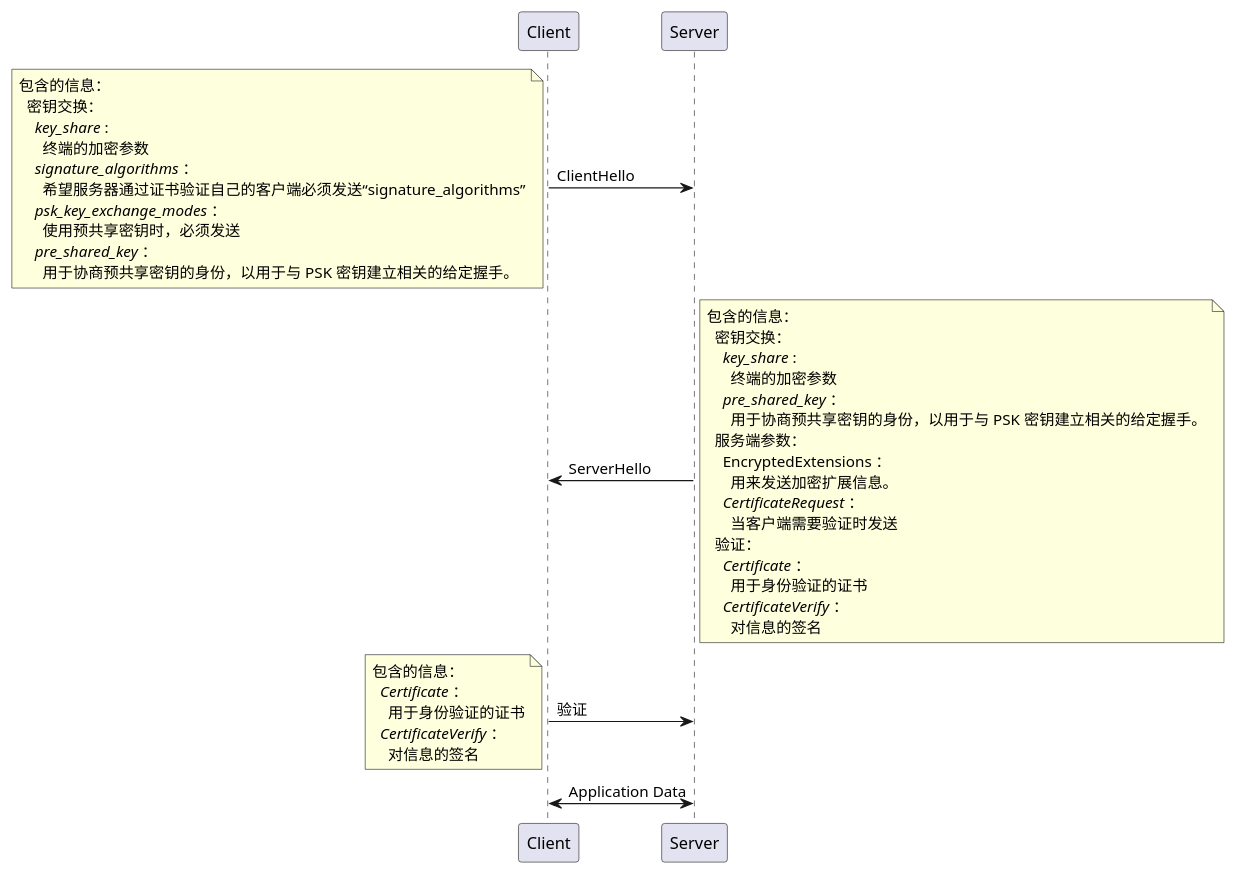
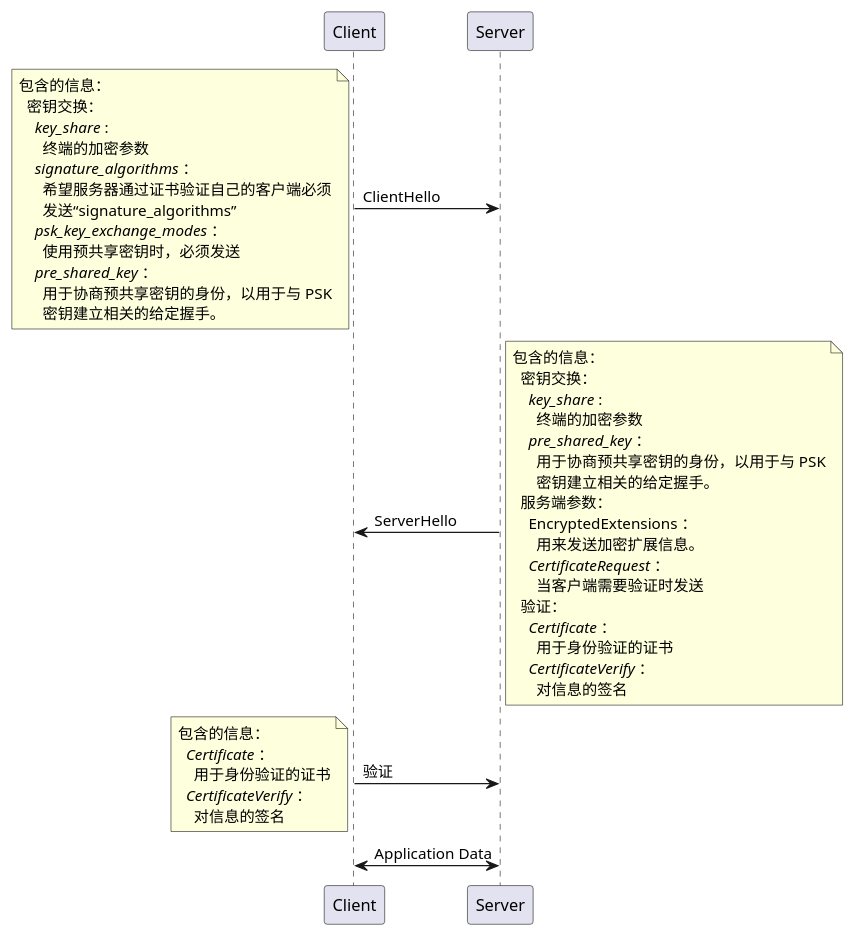
Before and after one commit to zeerd/zeerd.github.io: the second of 4 diagrams in _posts/2022-09-10-openssl-tls.md, drawn with PlantUML. The commit also changed other lines of this file and 5 other files, not shown here.

Commit message:
modify plantuml

````diff
--- a/_posts/2022-09-10-openssl-tls.md
+++ b/_posts/2022-09-10-openssl-tls.md
@@ -99,43 +105,46 @@
 ```plantuml
 Client -> Server : ClientHello
 note left
   包含的信息：
     密钥交换：
       //key_share// :
         终端的加密参数
       //signature_algorithms// ：
-        希望服务器通过证书验证自己的客户端必须发送“signature_algorithms”
+        希望服务器通过证书验证自己的客户端必须
+        发送“signature_algorithms”
       //psk_key_exchange_modes// ：
         使用预共享密钥时，必须发送
       //pre_shared_key// ：
-        用于协商预共享密钥的身份，以用于与 PSK 密钥建立相关的给定握手。
+        用于协商预共享密钥的身份，以用于与 PSK
+        密钥建立相关的给定握手。
 end note
 Server -> Client : ServerHello
 note right
   包含的信息：
     密钥交换：
       //key_share// :
         终端的加密参数
       //pre_shared_key// ：
-        用于协商预共享密钥的身份，以用于与 PSK 密钥建立相关的给定握手。
+        用于协商预共享密钥的身份，以用于与 PSK
+        密钥建立相关的给定握手。
     服务端参数：
       EncryptedExtensions ：
         用来发送加密扩展信息。
       //CertificateRequest// ：
         当客户端需要验证时发送
     验证：
       //Certificate// ：
         用于身份验证的证书
       //CertificateVerify// ：
         对信息的签名
 end note
 Client -> Server : 验证
 note left
   包含的信息：
     //Certificate// ：
       用于身份验证的证书
     //CertificateVerify// ：
       对信息的签名
 end note
 Client <-> Server : Application Data
 ```
````
